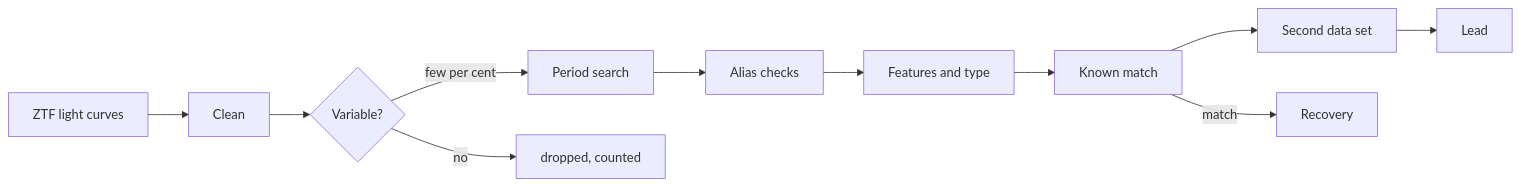
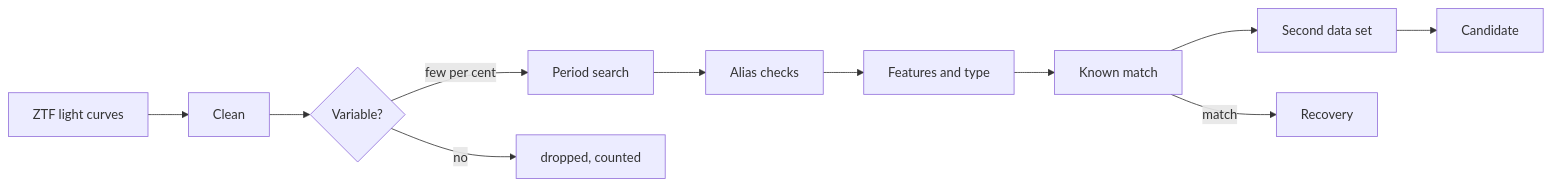
Before and after one commit to 0ffrian/SphereX: the third of 3 diagrams in docs/architecture/discovery-hunts.md, drawn with Mermaid. The commit also changed other lines of this file and 1 other file, not shown here.

````diff
--- a/docs/architecture/discovery-hunts.md
+++ b/docs/architecture/discovery-hunts.md
@@ -528,6 +556,6 @@
 ```mermaid
 flowchart LR
-  A[ZTF light curves] --> B[Clean] --> C{Variable?} -->|few per cent| D[Period search] --> E[Alias checks] --> F[Features and type] --> G[Known match] --> H[Second data set] --> L[Lead]
+  A[ZTF light curves] --> B[Clean] --> C{Variable?} -->|few per cent| D[Period search] --> E[Alias checks] --> F[Features and type] --> G[Known match] --> H[Second data set] --> L[Candidate]
   C -->|no| X[dropped, counted]
   G -->|match| R[Recovery]
 ```
````
